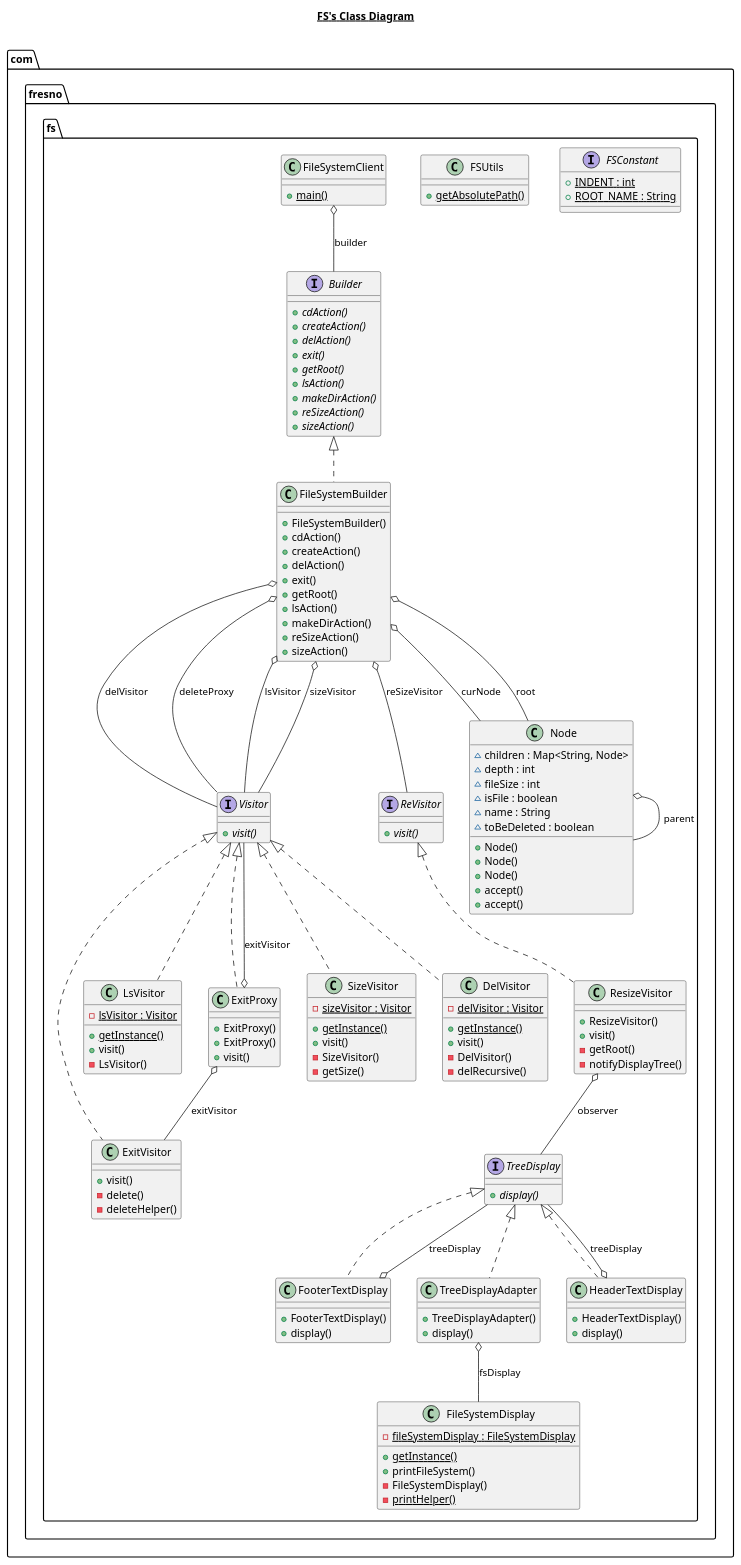
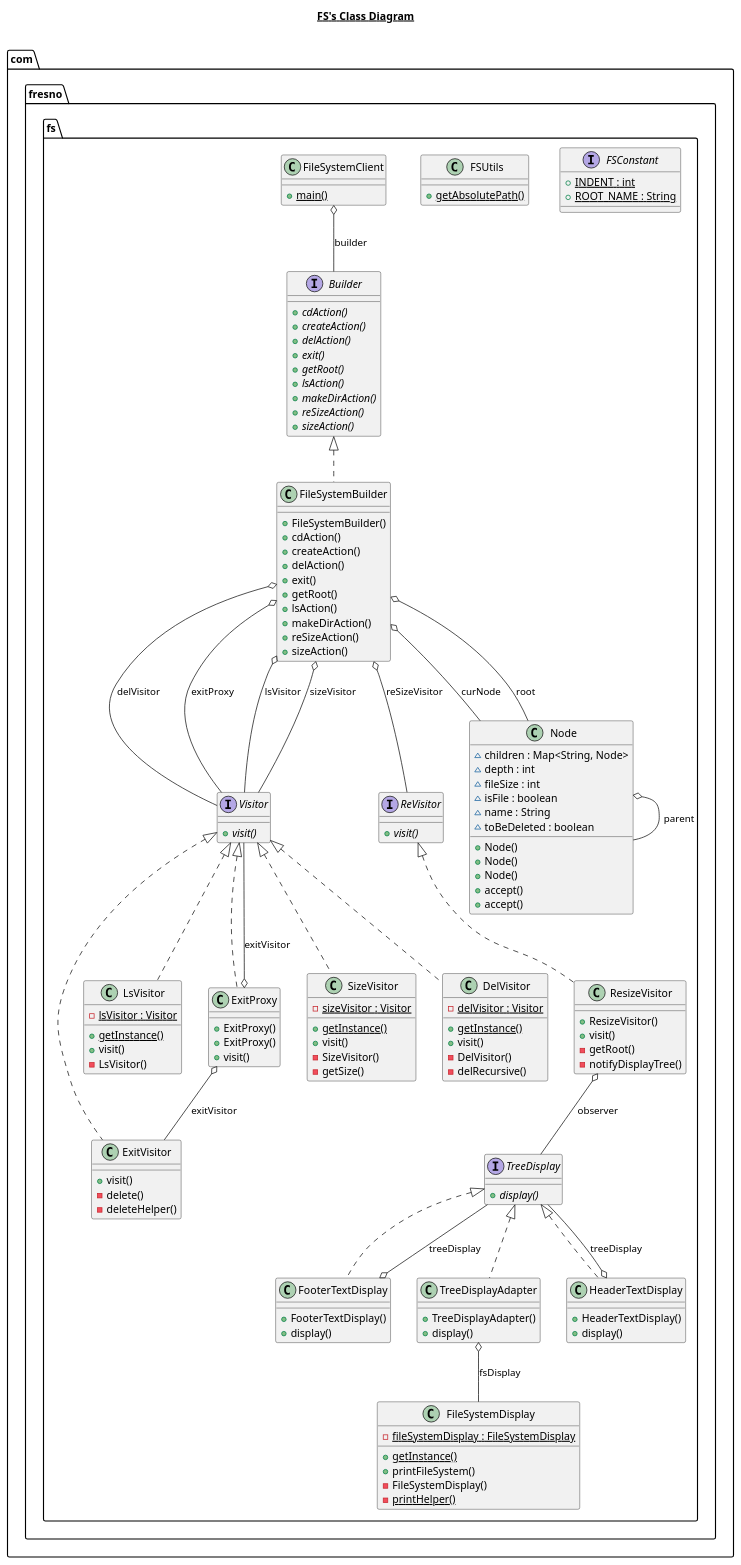
Before and after one commit to qwang6/assignment: the diagram in src/main/java/com/fresno/fs/fs.plantuml, drawn with PlantUML. The commit also changed 16 other files, not shown here.

```diff
--- a/src/main/java/com/fresno/fs/fs.plantuml
+++ b/src/main/java/com/fresno/fs/fs.plantuml
@@ -196,7 +196,7 @@
   com.fresno.fs.FileSystemBuilder .up.|> com.fresno.fs.Builder
   com.fresno.fs.FileSystemBuilder o-- com.fresno.fs.Node : curNode
   com.fresno.fs.FileSystemBuilder o-- com.fresno.fs.Visitor : delVisitor
-  com.fresno.fs.FileSystemBuilder o-- com.fresno.fs.Visitor : deleteProxy
+  com.fresno.fs.FileSystemBuilder o-- com.fresno.fs.Visitor : exitProxy
   com.fresno.fs.FileSystemBuilder o-- com.fresno.fs.Visitor : lsVisitor
   com.fresno.fs.FileSystemBuilder o-- com.fresno.fs.ReVisitor : reSizeVisitor
   com.fresno.fs.FileSystemBuilder o-- com.fresno.fs.Node : root
```
